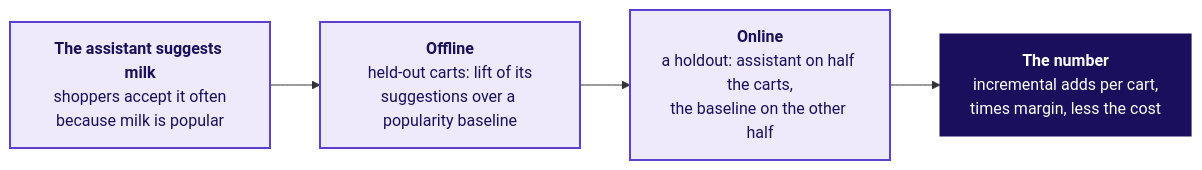
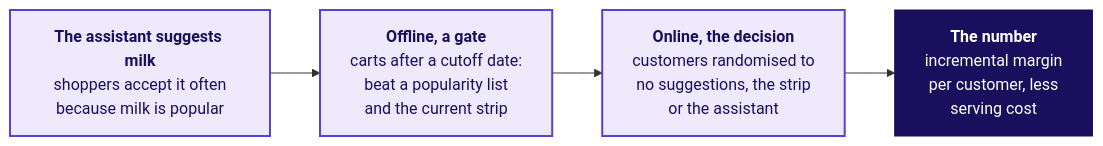
Before and after one commit to fde-academy-lab/c2-content-factory: the second of 3 diagrams in content/W04/D3/slides/C2_W04_D03_half2_STUDENT.md, drawn with Mermaid. The commit also changed other lines of this file and 5 other files, not shown here.

````diff
--- a/content/W04/D3/slides/C2_W04_D03_half2_STUDENT.md
+++ b/content/W04/D3/slides/C2_W04_D03_half2_STUDENT.md
@@ -127,10 +129,10 @@
 ```mermaid
 flowchart LR
-    A["<b>The assistant suggests milk</b><br/>shoppers accept it often<br/>because milk is popular"] --> B["<b>Offline</b><br/>held-out carts: lift of its<br/>suggestions over a popularity baseline"]
-    B --> C["<b>Online</b><br/>a holdout: assistant on half the carts,<br/>the baseline on the other half"]
-    C --> D["<b>The number</b><br/>incremental adds per cart,<br/>times margin, less the cost"]
+    A["<b>The assistant suggests milk</b><br/>shoppers accept it often<br/>because milk is popular"] --> B["<b>Offline, a gate</b><br/>carts after a cutoff date:<br/>beat a popularity list<br/>and the current strip"]
+    B --> C["<b>Online, the decision</b><br/>customers randomised to<br/>no suggestions, the strip<br/>or the assistant"]
+    C --> D["<b>The number</b><br/>incremental margin<br/>per customer, less<br/>serving cost"]
     classDef known fill:#EEEAFB,stroke:#5B3FD6,color:#1A0F5C,stroke-width:2px
     classDef lit fill:#1A0F5C,stroke:#1A0F5C,color:#FFFFFF
     class A,B,C known
     class D lit
 ```
````
